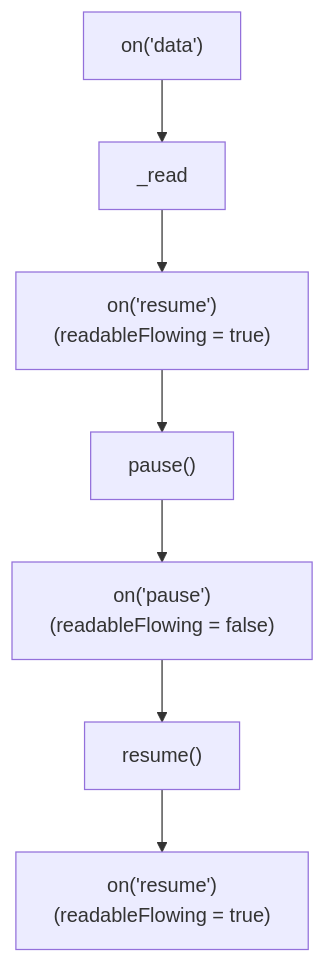
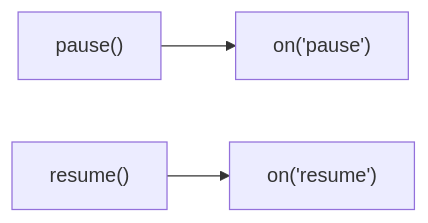
The second of 3 diagrams in docs/nodejs/stream-readable-1.md (samuel871211/yusheng-tech-blog), drawn with Mermaid before and after one commit. The commit also changed other lines of this file and 3 other files, not shown here.

````diff
--- a/docs/nodejs/stream-readable-1.md
+++ b/docs/nodejs/stream-readable-1.md
@@ -141,9 +143,5 @@
 ```mermaid
-flowchart TD
-    A["on('data')"] --> B[_read]
-    B --> C["on('resume')<br/>(readableFlowing = true)"]
-    C --> D["pause()"]
-    D --> E["on('pause')<br/>(readableFlowing = false)"]
-    E --> F["resume()"]
-    F --> G["on('resume')<br/>(readableFlowing = true)"]
+flowchart LR
+    A["pause()"] --> B["on('pause')"]
+    C["resume()"] --> D["on('resume')"]
 ```
````
